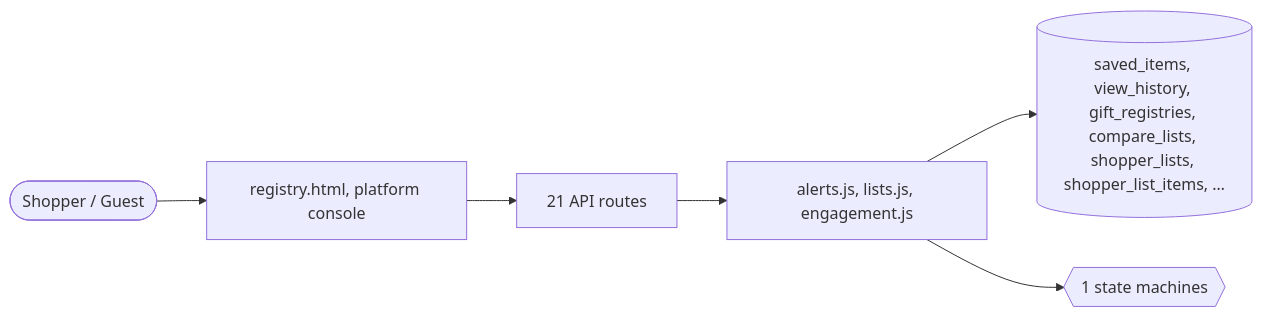
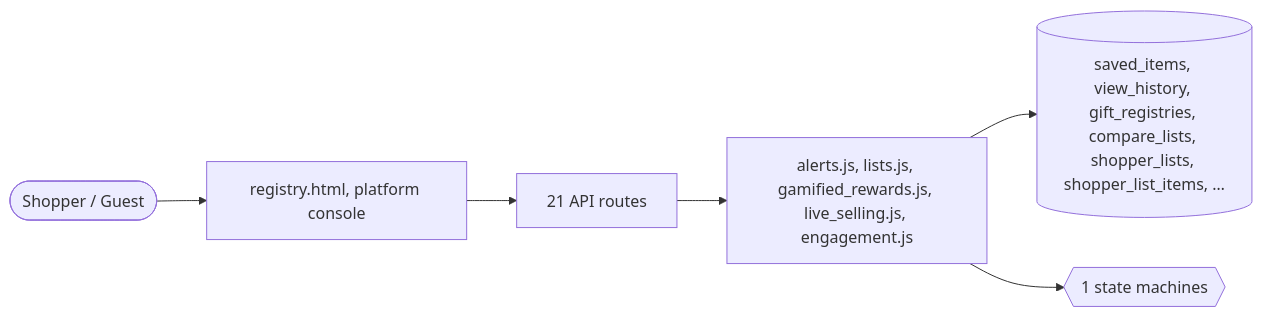
Before and after one commit to echelonxventures-Projects/universal-product: the second of 2 diagrams in docs/domains/engagement.md, drawn with Mermaid. The commit also changed other lines of this file and 67 other files, not shown here.

````diff
--- a/docs/domains/engagement.md
+++ b/docs/domains/engagement.md
@@ -201,8 +217,8 @@
 ```mermaid
 flowchart LR
   U([Shopper / Guest]) --> UI[registry.html, platform console]
   UI --> API[21 API routes]
-  API --> ENG[alerts.js, lists.js, engagement.js]
+  API --> ENG[alerts.js, lists.js, gamified_rewards.js, live_selling.js, engagement.js]
   ENG --> DB[(saved_items, view_history, gift_registries, compare_lists, shopper_lists, shopper_list_items, …)]
   ENG --> SM{{1 state machines}}
 ```
````
